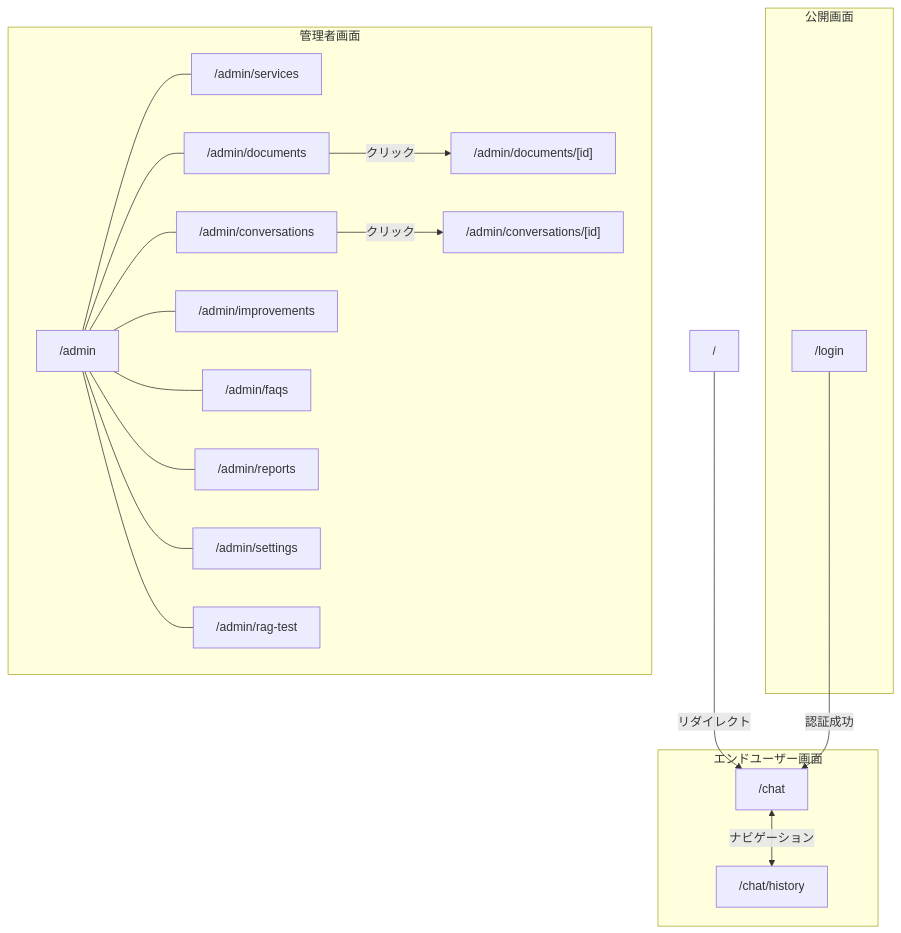
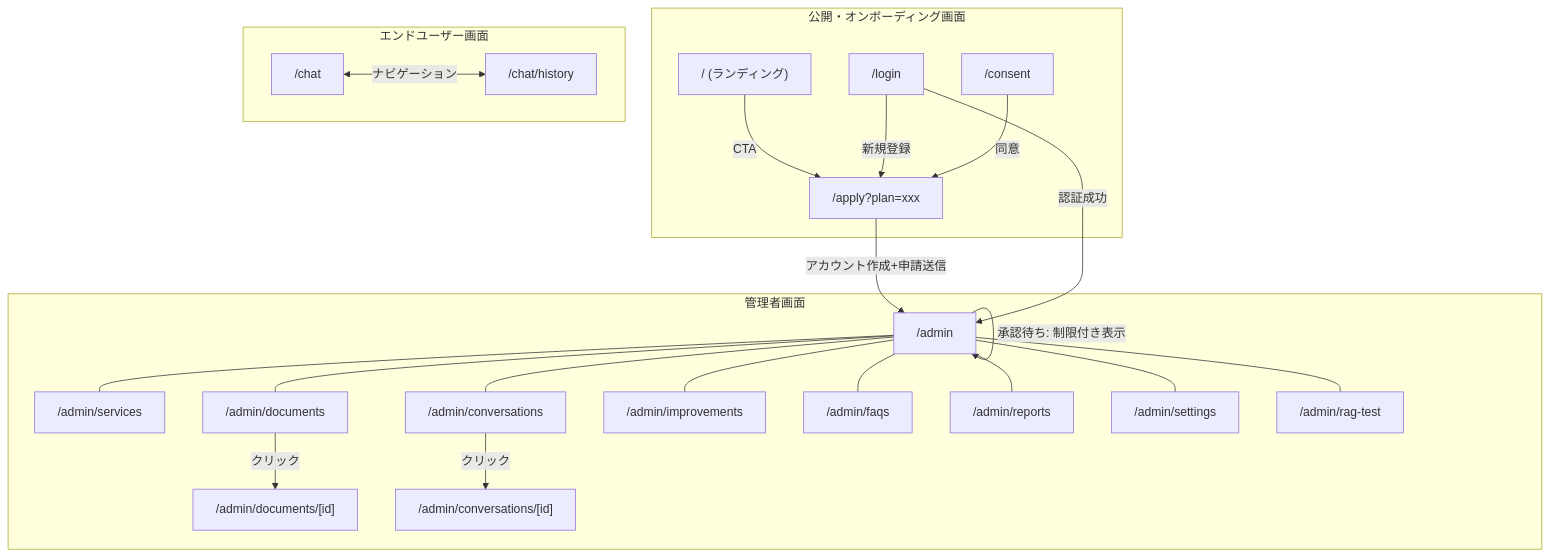
The first of 9 diagrams in docs/system/screen-design.md (higepapa-hinaleon/kotonoha), drawn with Mermaid before and after one commit. The commit also changed other lines of this file and 13 other files, not shown here.

````diff
--- a/docs/system/screen-design.md
+++ b/docs/system/screen-design.md
@@ -42,42 +52,50 @@
 ```mermaid
 graph TD
-    Root["/"] -->|リダイレクト| Chat
+    Root["/ (ランディング)"] -->|CTA| Apply["/apply?plan=xxx"]
 
-    subgraph Public["公開画面"]
+    subgraph Public["公開・オンボーディング画面"]
+        Root
+        Apply
         Login["/login"]
+        Consent["/consent"]
     end
 
     subgraph UserPages["エンドユーザー画面"]
         Chat["/chat"]
         ChatHistory["/chat/history"]
     end
 
     subgraph AdminPages["管理者画面"]
         AdminDash["/admin"]
         AdminServices["/admin/services"]
         AdminDocs["/admin/documents"]
         AdminDocDetail["/admin/documents/[id]"]
         AdminConv["/admin/conversations"]
         AdminConvDetail["/admin/conversations/[id]"]
         AdminImprovements["/admin/improvements"]
         AdminFaqs["/admin/faqs"]
         AdminReports["/admin/reports"]
         AdminSettings["/admin/settings"]
         AdminRagTest["/admin/rag-test"]
     end
 
-    Login -->|認証成功| Chat
+    Apply -->|アカウント作成+申請送信| AdminDash
+    Login -->|認証成功| AdminDash
+    Login -->|新規登録| Apply
+    Consent -->|同意| Apply
+    AdminDash -->|承認待ち: 制限付き表示| AdminDash
+
     Chat <-->|ナビゲーション| ChatHistory
 
     AdminDash --- AdminServices
     AdminDash --- AdminDocs
     AdminDash --- AdminConv
     AdminDash --- AdminImprovements
     AdminDash --- AdminFaqs
     AdminDash --- AdminReports
     AdminDash --- AdminSettings
     AdminDash --- AdminRagTest
 
     AdminDocs -->|クリック| AdminDocDetail
     AdminConv -->|クリック| AdminConvDetail
 ```
````
